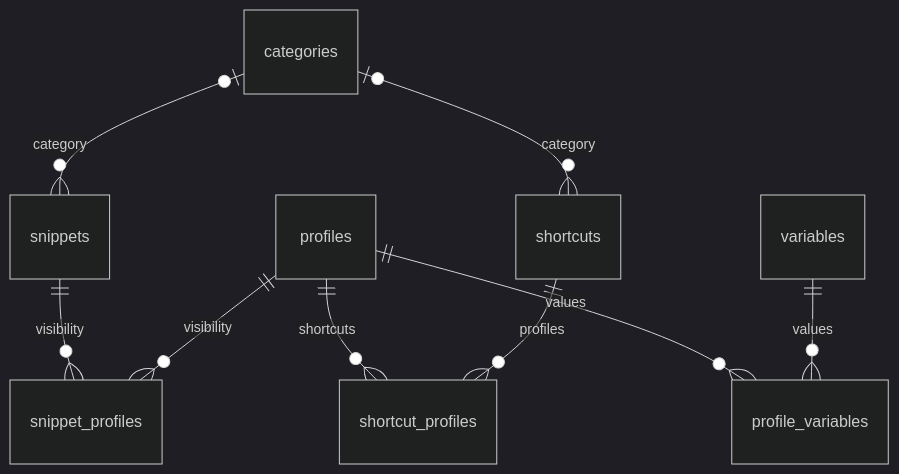
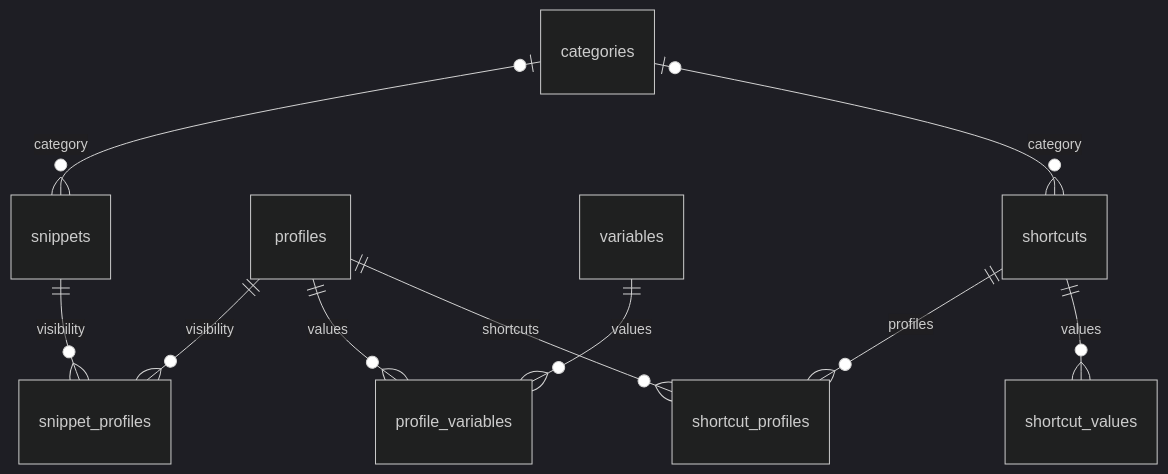
Before and after one commit to sikakou54/cliptap: the fifth of 5 diagrams in docs/機能仕様書.md, drawn with Mermaid (dark theme). The commit also changed other lines of this file and 89 other files, not shown here.

````diff
--- a/docs/機能仕様書.md
+++ b/docs/機能仕様書.md
@@ -1568,11 +1576,12 @@
 ```mermaid
 erDiagram
     categories o|--o{ snippets : category
     snippets ||--o{ snippet_profiles : visibility
     profiles ||--o{ snippet_profiles : visibility
     profiles ||--o{ profile_variables : values
     variables ||--o{ profile_variables : values
     profiles ||--o{ shortcut_profiles : shortcuts
     shortcuts ||--o{ shortcut_profiles : profiles
     categories o|--o{ shortcuts : category
+    shortcuts ||--o{ shortcut_values : values
 ```
````
